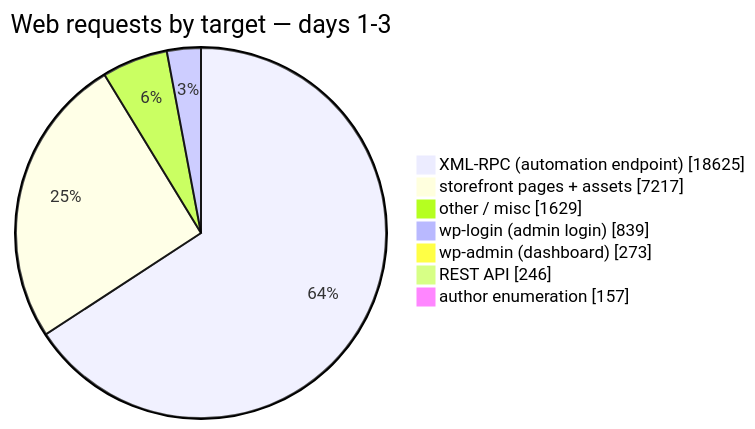
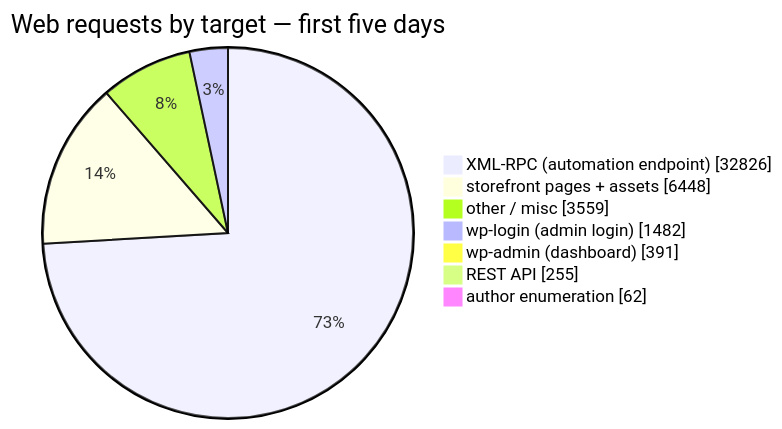
Before and after one commit to gogvale/oliveira-ninja-blog: the second of 2 diagrams in _drafts/2026-09-06-decoy-boutique.md, drawn with Mermaid. The commit also changed other lines of this file and 8 other files, not shown here.

First line of the commit message:
honeypot draft: refresh to Day 5 + regenerate charts

````diff
--- a/_drafts/2026-09-06-decoy-boutique.md
+++ b/_drafts/2026-09-06-decoy-boutique.md
@@ -88,11 +102,11 @@
 ```mermaid
 pie showData
-    title Web requests by target — days 1-3
-    "XML-RPC (automation endpoint)" : 18625
-    "storefront pages + assets" : 7217
-    "other / misc" : 1629
-    "wp-login (admin login)" : 839
-    "wp-admin (dashboard)" : 273
-    "REST API" : 246
-    "author enumeration" : 157
+    title Web requests by target — first five days
+    "XML-RPC (automation endpoint)" : 32826
+    "storefront pages + assets" : 6448
+    "other / misc" : 3559
+    "wp-login (admin login)" : 1482
+    "wp-admin (dashboard)" : 391
+    "REST API" : 255
+    "author enumeration" : 62
 ```
````
